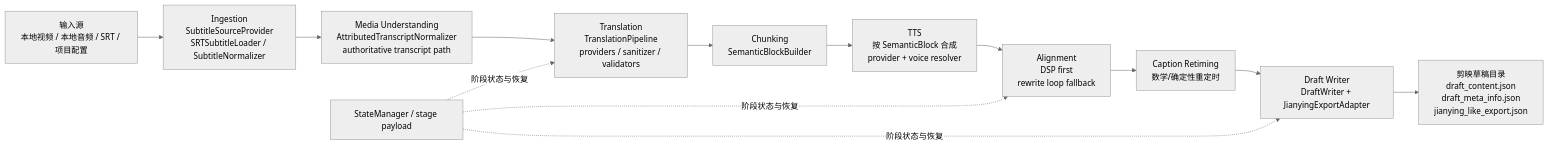
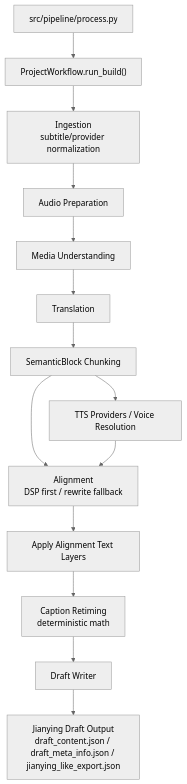
Before and after one commit to sun9bear/AITransVideo: the diagram in docs/graphs/GITNEXUS_WORKFLOW_CORE_GRAPH.md, drawn with Mermaid (neutral theme). The commit also changed other lines of this file and 12 other files, not shown here.

First line of the commit message:
docs: 新增 Admin/Ops/Calibration 架构子图 + UI 导航与视频输出方案 + gitignore 清理

````diff
--- a/docs/graphs/GITNEXUS_WORKFLOW_CORE_GRAPH.md
+++ b/docs/graphs/GITNEXUS_WORKFLOW_CORE_GRAPH.md
@@ -27,16 +22,17 @@
 ```mermaid
-graph LR
-    A["输入源<br/>本地视频 / 本地音频 / SRT / 项目配置"] --> B["Ingestion<br/>SubtitleSourceProvider<br/>SRTSubtitleLoader / SubtitleNormalizer"]
-    B --> C["Media Understanding<br/>AttributedTranscriptNormalizer<br/>authoritative transcript path"]
-    C --> D["Translation<br/>TranslationPipeline<br/>providers / sanitizer / validators"]
-    D --> E["Chunking<br/>SemanticBlockBuilder"]
-    E --> F["TTS<br/>按 SemanticBlock 合成<br/>provider + voice resolver"]
-    F --> G["Alignment<br/>DSP first<br/>rewrite loop fallback"]
-    G --> H["Caption Retiming<br/>数学/确定性重定时"]
-    H --> I["Draft Writer<br/>DraftWriter + JianyingExportAdapter"]
-    I --> J["剪映草稿目录<br/>draft_content.json<br/>draft_meta_info.json<br/>jianying_like_export.json"]
+graph TD
+    Entry["ProjectWorkflow.run_build()"] --> Ingestion["Ingestion<br/>subtitle/provider normalization"]
+    Ingestion --> AudioPrep["Audio Preparation"]
+    AudioPrep --> Media["Media Understanding"]
+    Media --> Translation["Translation"]
+    Translation --> Chunking["SemanticBlock Chunking"]
+    Chunking --> Alignment["Alignment<br/>DSP first / rewrite fallback"]
+    Alignment --> Layering["Apply Alignment Text Layers"]
+    Layering --> Retiming["Caption Retiming<br/>deterministic math"]
+    Retiming --> Draft["Draft Writer"]
+    Draft --> Output["Jianying Draft Output<br/>draft_content.json / draft_meta_info.json / jianying_like_export.json"]
 
-    K["StateManager / stage payload"] -.阶段状态与恢复.-> D
-    K -.阶段状态与恢复.-> G
-    K -.阶段状态与恢复.-> I
+    Pipeline["src/pipeline/process.py"] --> Entry
+    TTS["TTS Providers / Voice Resolution"] --> Alignment
+    Chunking --> TTS
 ```
````
